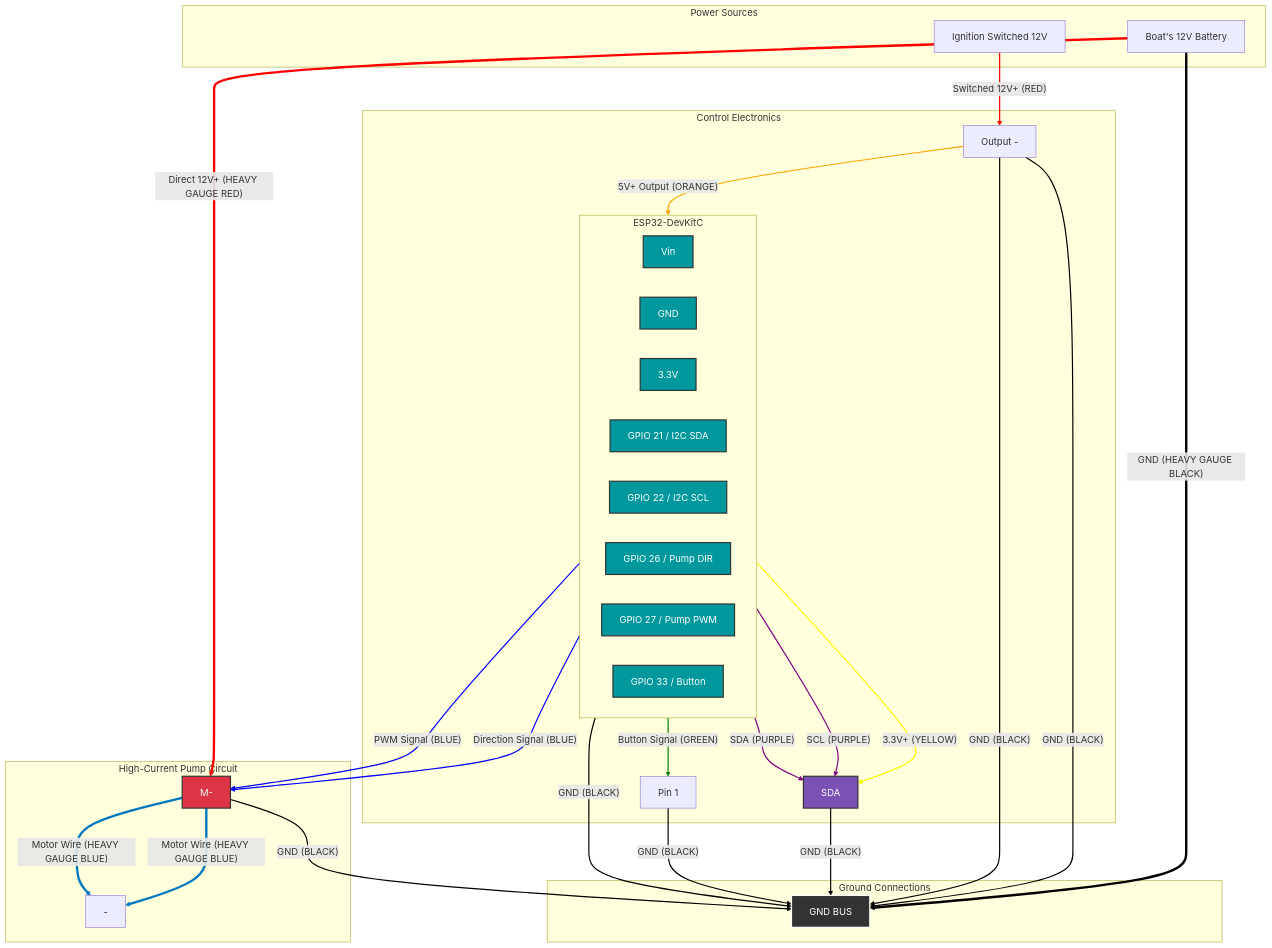
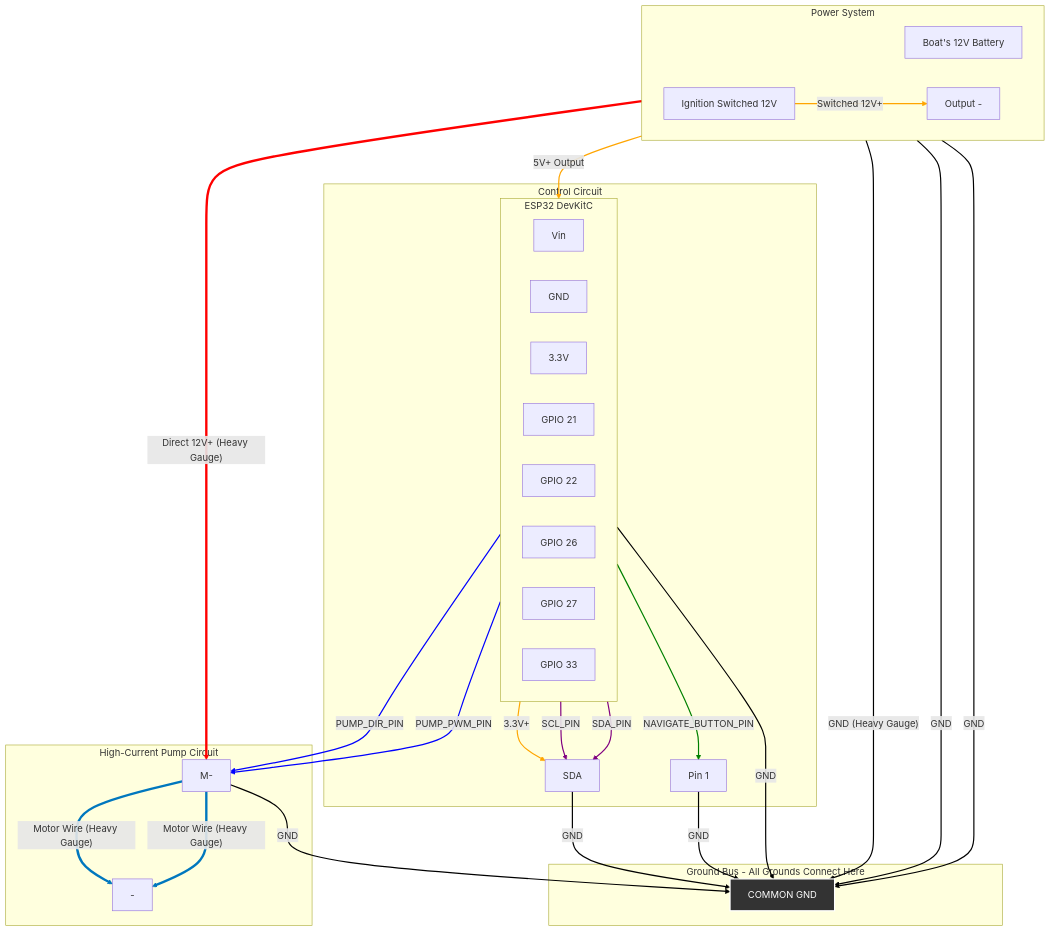
The diagram in README.md (tbitu/mpy-selflearning-autopilot), drawn with Mermaid before and after one commit.

````diff
--- a/README.md
+++ b/README.md
@@ -32,93 +32,79 @@
 ```mermaid
 graph TD
     %% Define Subgraphs for better organization
-    subgraph Power Sources
+    subgraph PowerSystem [Power System]
+        direction LR
         A[Boat's 12V Battery]
         B[Ignition Switched 12V]
+        H[12V to 5V Buck Converter]
     end
 
-    subgraph High-Current Pump Circuit
-        C[Motor Driver e.g., BTS7960 H-Bridge]
-        F[12V Hydraulic Pump Motor]
+    subgraph HighCurrentCircuit [High-Current Pump Circuit]
+        C[Motor Driver e.g., BTS7960]
+        F[12V Hydraulic Pump]
     end
 
-    subgraph Control Electronics
-        subgraph ESP32-DevKitC
+    subgraph ControlCircuit [Control Circuit]
+        subgraph ESP32 [ESP32 DevKitC]
             direction LR
             D_VIN[Vin]
             D_GND[GND]
             D_3V3[3.3V]
-            D_GPIO21[GPIO 21 / I2C SDA]
-            D_GPIO22[GPIO 22 / I2C SCL]
-            D_GPIO26[GPIO 26 / Pump DIR]
-            D_GPIO27[GPIO 27 / Pump PWM]
-            D_GPIO33[GPIO 33 / Button]
+            D_GPIO21[GPIO 21]
+            D_GPIO22[GPIO 22]
+            D_GPIO26[GPIO 26]
+            D_GPIO27[GPIO 27]
+            D_GPIO33[GPIO 33]
         end
         E[BNO055 Sensor]
-        H[12V to 5V DC-DC Buck Converter]
-        G[Push Button]
+        G[Navigate Button]
     end
 
-    %% Central Ground Bus
-    subgraph Ground Connections
-        GND[GND BUS]
+    %% Central Ground Bus - CRITICAL
+    subgraph GroundBus [Ground Bus - All Grounds Connect Here]
+        GND[COMMON GND]
     end
     style GND fill:#333,stroke:#fff,stroke-width:2px,color:#fff
 
-    %% --- Power Connections ---
-    A -- "Direct 12V+ (HEAVY GAUGE RED)" --> C[B+]
-    B -- "Switched 12V+ (RED)" --> H[Input +]
-    H -- "5V+ Output (ORANGE)" --> D_VIN
-    D_3V3 -- "3.3V+ (YELLOW)" --> E[Vin]
+    %% --- POWER WIRING ---
+    B -- "Switched 12V+" --> H[Input +]
+    H -- "5V+ Output" --> D_VIN[Vin]
+    D_3V3 -- "3.3V+" --> E[Vin]
+    A -- "Direct 12V+ (Heavy Gauge)" --> C[B+]
 
-    %% --- Ground Connections (All grounds connect to the central bus) ---
-    A -- "GND (HEAVY GAUGE BLACK)" --> GND
-    C[B-] -- "GND (BLACK)" --> GND
-    H[Input -] -- "GND (BLACK)" --> GND
-    H[Output -] -- "GND (BLACK)" --> GND
-    D_GND -- "GND (BLACK)" --> GND
-    E[GND] -- "GND (BLACK)" --> GND
-    G[Pin 2] -- "GND (BLACK)" --> GND
+    %% --- GROUND WIRING ---
+    A -- "GND (Heavy Gauge)" --> GND
+    H[Input -] -- "GND" --> GND
+    H[Output -] -- "GND" --> GND
+    D_GND -- "GND" --> GND
+    E[GND] -- "GND" --> GND
+    G[Pin 2] -- "GND" --> GND
+    C[B-] -- "GND" --> GND
 
-    %% --- Control Signal Connections ---
-    D_GPIO26 -- "Direction Signal (BLUE)" --> C[RPWM/DIR]
-    D_GPIO27 -- "PWM Signal (BLUE)" --> C[LPWM/PWM]
-    D_GPIO33 -- "Button Signal (GREEN)" --> G[Pin 1]
+    %% --- PUMP CONTROL SIGNALS (from main.py) ---
+    D_GPIO26 -- "PUMP_DIR_PIN" --> C[RPWM/DIR]
+    D_GPIO27 -- "PUMP_PWM_PIN" --> C[LPWM/PWM]
 
-    %% --- I2C Sensor Connections ---
-    D_GPIO22 -- "SCL (PURPLE)" --> E[SCL]
-    D_GPIO21 -- "SDA (PURPLE)" --> E[SDA]
+    %% --- BUTTON WIRING (from main.py) ---
+    D_GPIO33 -- "NAVIGATE_BUTTON_PIN" --> G[Pin 1]
 
-    %% --- Motor Output Connections ---
-    C[M+] -- "Motor Wire (HEAVY GAUGE BLUE)" --> F[+]
-    C[M-] -- "Motor Wire (HEAVY GAUGE BLUE)" --> F[-]
+    %% --- I2C SENSOR WIRING (from main.py) ---
+    D_GPIO22 -- "SCL_PIN" --> E[SCL]
+    D_GPIO21 -- "SDA_PIN" --> E[SDA]
 
-    %% --- Styling and Comments ---
-    classDef esp32 fill:#00979D,stroke:#333,stroke-width:2px,color:white;
-    class D_VIN,D_GND,D_3V3,D_GPIO21,D_GPIO22,D_GPIO26,D_GPIO27,D_GPIO33 esp32;
+    %% --- MOTOR OUTPUT WIRING ---
+    C[M+] -- "Motor Wire (Heavy Gauge)" --> F[+]
+    C[M-] -- "Motor Wire (Heavy Gauge)" --> F[-]
 
-    classDef sensor fill:#7952B3,stroke:#333,stroke-width:2px,color:white;
-    class E sensor;
+    %% --- Styling ---
+    linkStyle 3 stroke:red,stroke-width:4px
+    linkStyle 0,1,2 stroke:orange,stroke-width:2px
 
-    classDef motorDriver fill:#DC3545,stroke:#333,stroke-width:2px,color:white;
-    class C motorDriver;
+    linkStyle 4,5,6,7,8,9,10 stroke:black,stroke-width:2px
 
-    linkStyle 0 stroke:red,stroke-width:4px
-    linkStyle 1 stroke:red,stroke-width:2px
-    linkStyle 2 stroke:orange,stroke-width:2px
-    linkStyle 3 stroke:yellow,stroke-width:2px
-    linkStyle 4 stroke:black,stroke-width:4px
-    linkStyle 5 stroke:black,stroke-width:2px
-    linkStyle 6 stroke:black,stroke-width:2px
-    linkStyle 7 stroke:black,stroke-width:2px
-    linkStyle 8 stroke:black,stroke-width:2px
-    linkStyle 9 stroke:black,stroke-width:2px
-    linkStyle 10 stroke:black,stroke-width:2px
-    linkStyle 11 stroke:blue,stroke-width:2px
-    linkStyle 12 stroke:blue,stroke-width:2px
+    linkStyle 11,12 stroke:blue,stroke-width:2px
     linkStyle 13 stroke:green,stroke-width:2px
-    linkStyle 14 stroke:purple,stroke-width:2px
-    linkStyle 15 stroke:purple,stroke-width:2px
-    linkStyle 16 stroke:#0077be,stroke-width:4px
-    linkStyle 17 stroke:#0077be,stroke-width:4px
+    linkStyle 14,15 stroke:purple,stroke-width:2px
+
+    linkStyle 16,17 stroke:#0077be,stroke-width:4px
 ```
````
